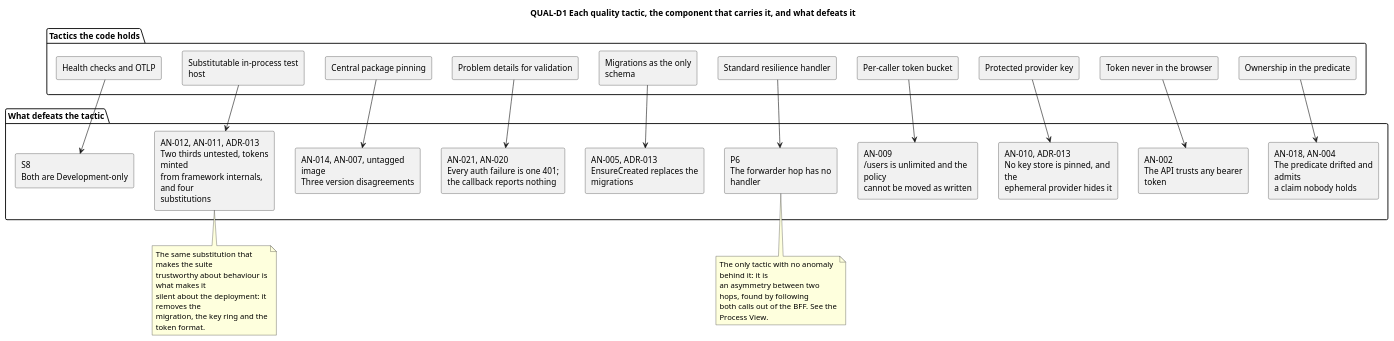
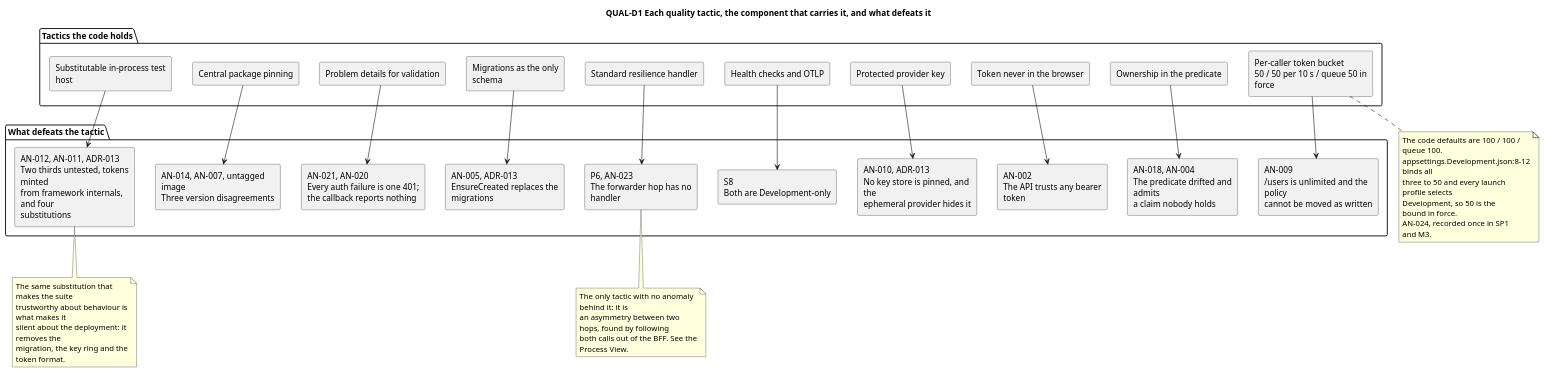
Before and after one commit to banense-test/TodoApp: diagram 11 of 11 in docs/artifacts/analysis---design/software-architecture-document.md, drawn with PlantUML. The commit also changed other lines of this file, not shown here.

Commit message:
Software Architect [Excavation2]: upsert Software Architecture Document
[skip ci]

````diff
--- a/docs/artifacts/analysis---design/software-architecture-document.md
+++ b/docs/artifacts/analysis---design/software-architecture-document.md
@@ -1108,60 +1108,68 @@
 ```plantuml
 @startuml
 title QUAL-D1 Each quality tactic, the component that carries it, and what defeats it
 
 skinparam componentStyle rectangle
 skinparam shadowing false
 skinparam wrapWidth 200
 
 package "Tactics the code holds" {
   component "Ownership in the predicate" as T1
   component "Token never in the browser" as T2
   component "Protected provider key" as T3
-  component "Per-caller token bucket" as T4
+  component "Per-caller token bucket\n50 / 50 per 10 s / queue 50 in force" as T4
   component "Standard resilience handler" as T5
   component "Migrations as the only schema" as T6
   component "Problem details for validation" as T7
   component "Central package pinning" as T8
   component "Substitutable in-process test host" as T9
   component "Health checks and OTLP" as T10
 }
 
 package "What defeats the tactic" {
   component "AN-018, AN-004\nThe predicate drifted and admits\na claim nobody holds" as A1
   component "AN-002\nThe API trusts any bearer token" as A2
   component "AN-010, ADR-013\nNo key store is pinned, and the\nephemeral provider hides it" as A3
   component "AN-009\n/users is unlimited and the policy\ncannot be moved as written" as A4
-  component "P6\nThe forwarder hop has no handler" as A5
+  component "P6, AN-023\nThe forwarder hop has no handler" as A5
   component "AN-005, ADR-013\nEnsureCreated replaces the migrations" as A6
   component "AN-021, AN-020\nEvery auth failure is one 401;\nthe callback reports nothing" as A7
   component "AN-014, AN-007, untagged image\nThree version disagreements" as A8
   component "AN-012, AN-011, ADR-013\nTwo thirds untested, tokens minted\nfrom framework internals, and four\nsubstitutions" as A9
   component "S8\nBoth are Development-only" as A10
 }
 
 T1 --> A1
 T2 --> A2
 T3 --> A3
 T4 --> A4
 T5 --> A5
 T6 --> A6
 T7 --> A7
 T8 --> A8
 T9 --> A9
 T10 --> A10
 
+note bottom of T4
+  The code defaults are 100 / 100 / queue 100.
+  appsettings.Development.json:8-12 binds all
+  three to 50 and every launch profile selects
+  Development, so 50 is the bound in force.
+  AN-024, recorded once in SP1 and M3.
+end note
+
 note bottom of A5
   The only tactic with no anomaly behind it: it is
   an asymmetry between two hops, found by following
   both calls out of the BFF. See the Process View.
 end note
 
 note bottom of A9
   The same substitution that makes the suite
   trustworthy about behaviour is what makes it
   silent about the deployment: it removes the
   migration, the key ring and the token format.
 end note
 
 @enduml
 ```
````
